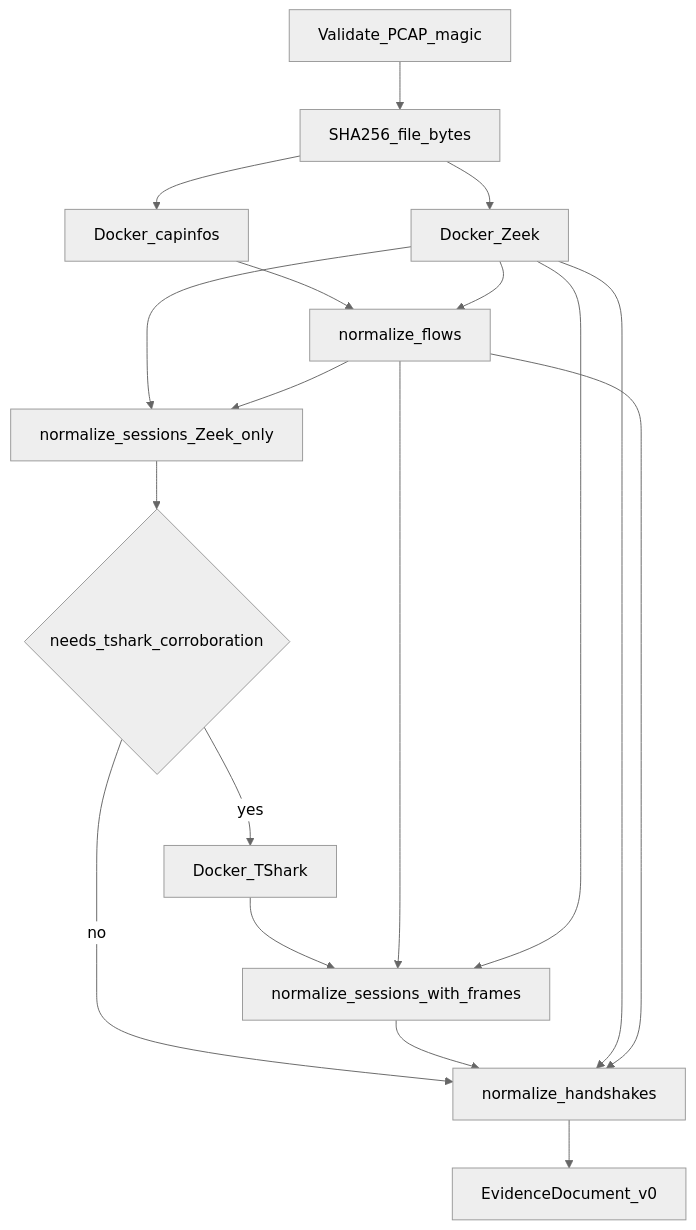
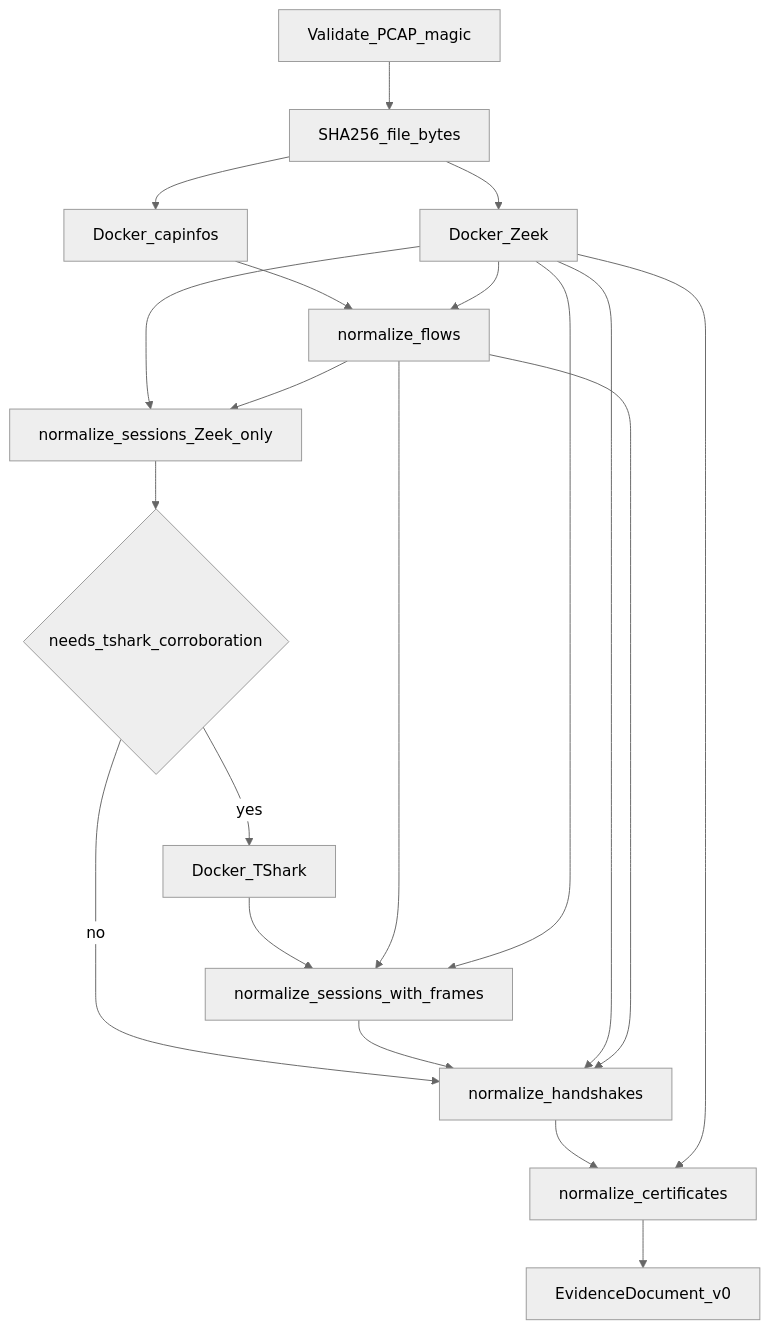
Before and after one commit to piyushk6626/SecureMail: the diagram in docs/pipeline.md, drawn with Mermaid (neutral theme). The commit also changed other lines of this file and 117 other files, not shown here.

````diff
--- a/docs/pipeline.md
+++ b/docs/pipeline.md
@@ -7,31 +7,34 @@
 ```mermaid
 flowchart TD
   intake[Validate_PCAP_magic]
   hash[SHA256_file_bytes]
   pre[Docker_capinfos]
   zeek[Docker_Zeek]
   flows[normalize_flows]
   sess1[normalize_sessions_Zeek_only]
   gate{needs_tshark_corroboration}
   tshark[Docker_TShark]
   sess2[normalize_sessions_with_frames]
   hs[normalize_handshakes]
+  certs[normalize_certificates]
   out[EvidenceDocument_v0]
   intake --> hash
   hash --> pre
   hash --> zeek
   pre --> flows
   zeek --> flows
   zeek --> sess1
   flows --> sess1
   sess1 --> gate
   gate -->|no| hs
   gate -->|yes| tshark
   tshark --> sess2
   flows --> sess2
   zeek --> sess2
   sess2 --> hs
   zeek --> hs
   flows --> hs
-  hs --> out
+  hs --> certs
+  zeek --> certs
+  certs --> out
 ```
````
